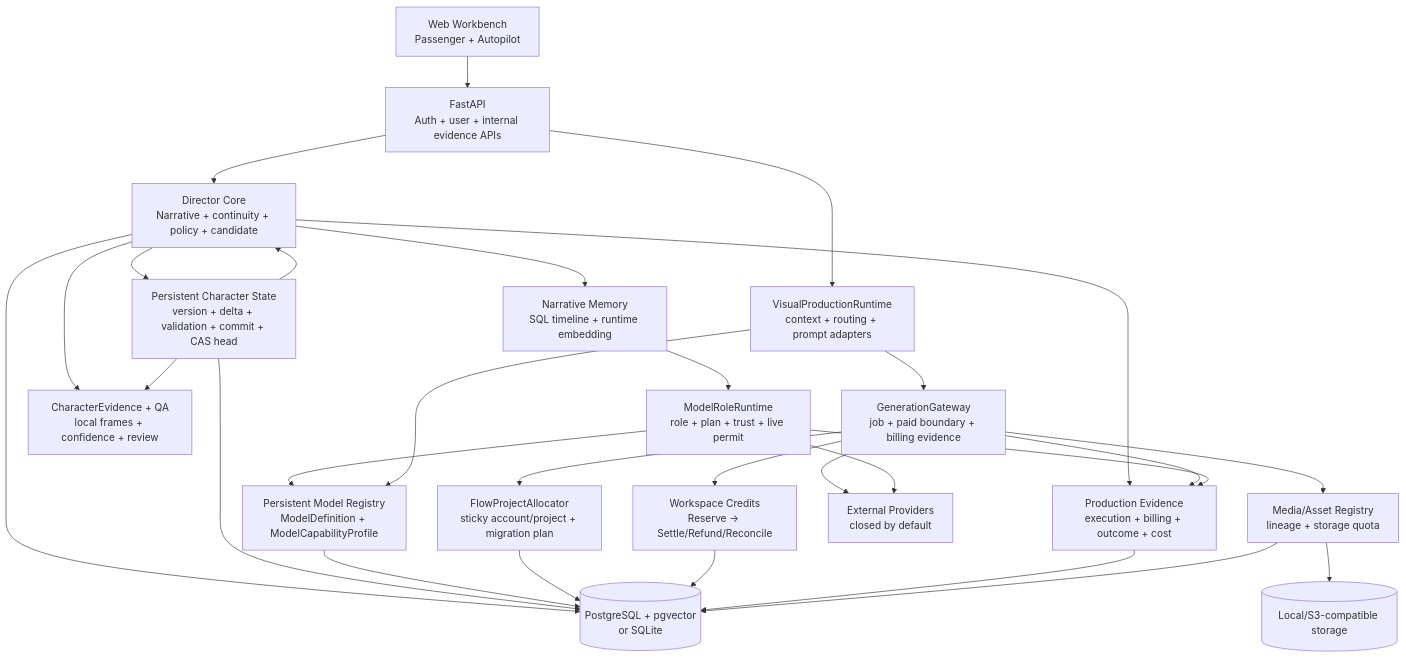
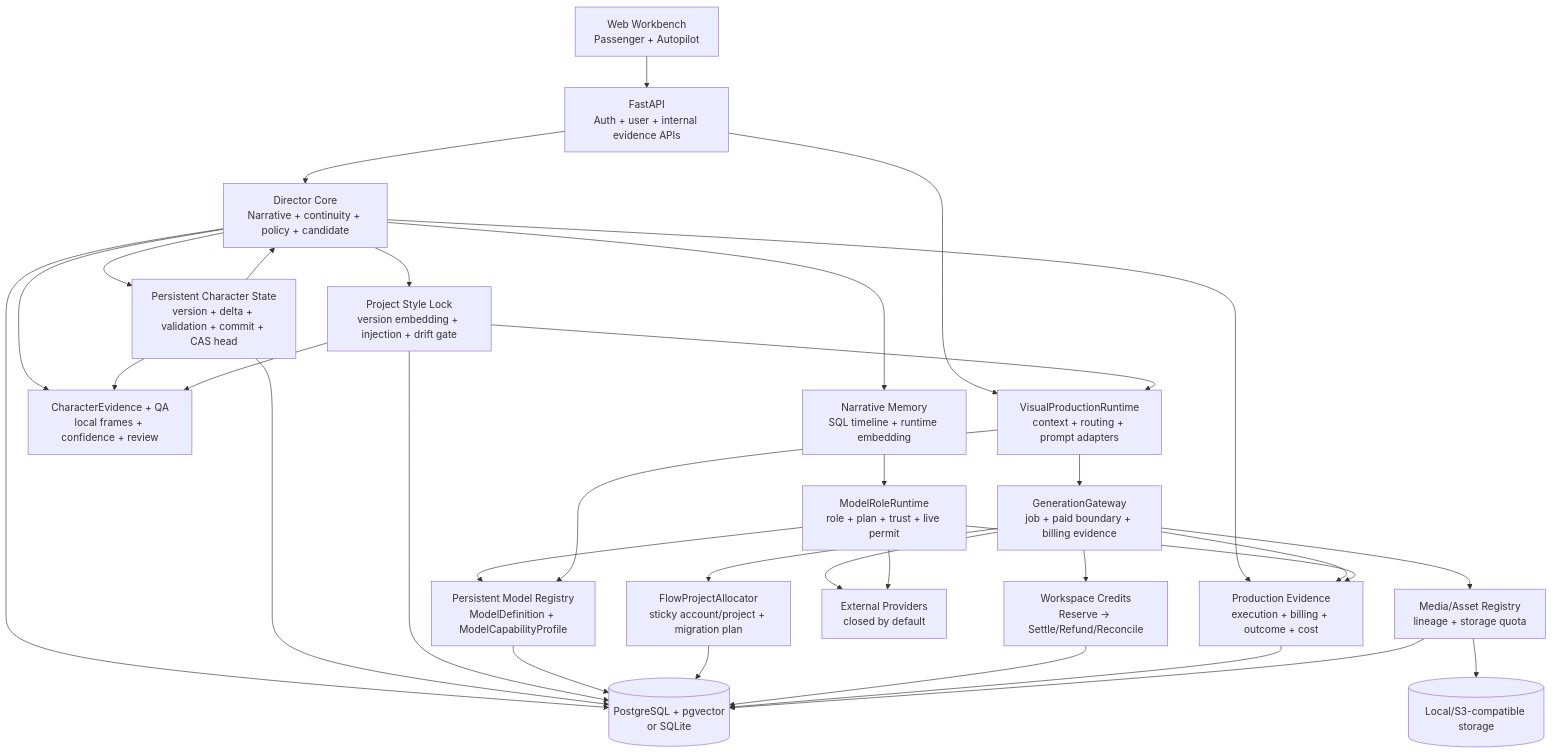
Before and after one commit to Ethanwrite/bestshiny: the first of 2 diagrams in CURRENT_ARCHITECTURE.md, drawn with Mermaid. The commit also changed other lines of this file and 26 other files, not shown here.

Commit message:
feat: enforce project-wide visual style lock

````diff
--- a/CURRENT_ARCHITECTURE.md
+++ b/CURRENT_ARCHITECTURE.md
@@ -39,49 +39,54 @@
 ```mermaid
 flowchart TB
   Web["Web Workbench\nPassenger + Autopilot"]
   API["FastAPI\nAuth + user + internal evidence APIs"]
   Director["Director Core\nNarrative + continuity + policy + candidate"]
   Roles["ModelRoleRuntime\nrole + plan + trust + live permit"]
   Registry["Persistent Model Registry\nModelDefinition + ModelCapabilityProfile"]
   Memory["Narrative Memory\nSQL timeline + runtime embedding"]
   State["Persistent Character State\nversion + delta + validation + commit + CAS head"]
+  Style["Project Style Lock\nversion embedding + injection + drift gate"]
   QA["CharacterEvidence + QA\nlocal frames + confidence + review"]
   Visual["VisualProductionRuntime\ncontext + routing + prompt adapters"]
   Gateway["GenerationGateway\njob + paid boundary + billing evidence"]
   FlowAffinity["FlowProjectAllocator\nsticky account/project + migration plan"]
   Ledger["Workspace Credits\nReserve -> Settle/Refund/Reconcile"]
   Evidence["Production Evidence\nexecution + billing + outcome + cost"]
   Media["Media/Asset Registry\nlineage + storage quota"]
   DB[("PostgreSQL + pgvector\nor SQLite")]
   Store[("Local/S3-compatible storage")]
   Providers["External Providers\nclosed by default"]
 
   Web --> API
   API --> Director
   API --> Visual
   Director --> Memory
   Director --> State
   Director --> QA
+  Director --> Style
   Director --> Evidence
   Memory --> Roles
   State --> QA
   State --> Director
   Roles --> Registry
   Visual --> Registry
+  Style --> Visual
+  Style --> QA
   Visual --> Gateway
   Gateway --> FlowAffinity
   Gateway --> Ledger
   Gateway --> Evidence
   Gateway --> Media
   Roles --> Evidence
   Gateway --> Providers
   Roles --> Providers
   Director --> DB
   State --> DB
+  Style --> DB
   Registry --> DB
   FlowAffinity --> DB
   Ledger --> DB
   Evidence --> DB
   Media --> DB
   Media --> Store
 ```
````
